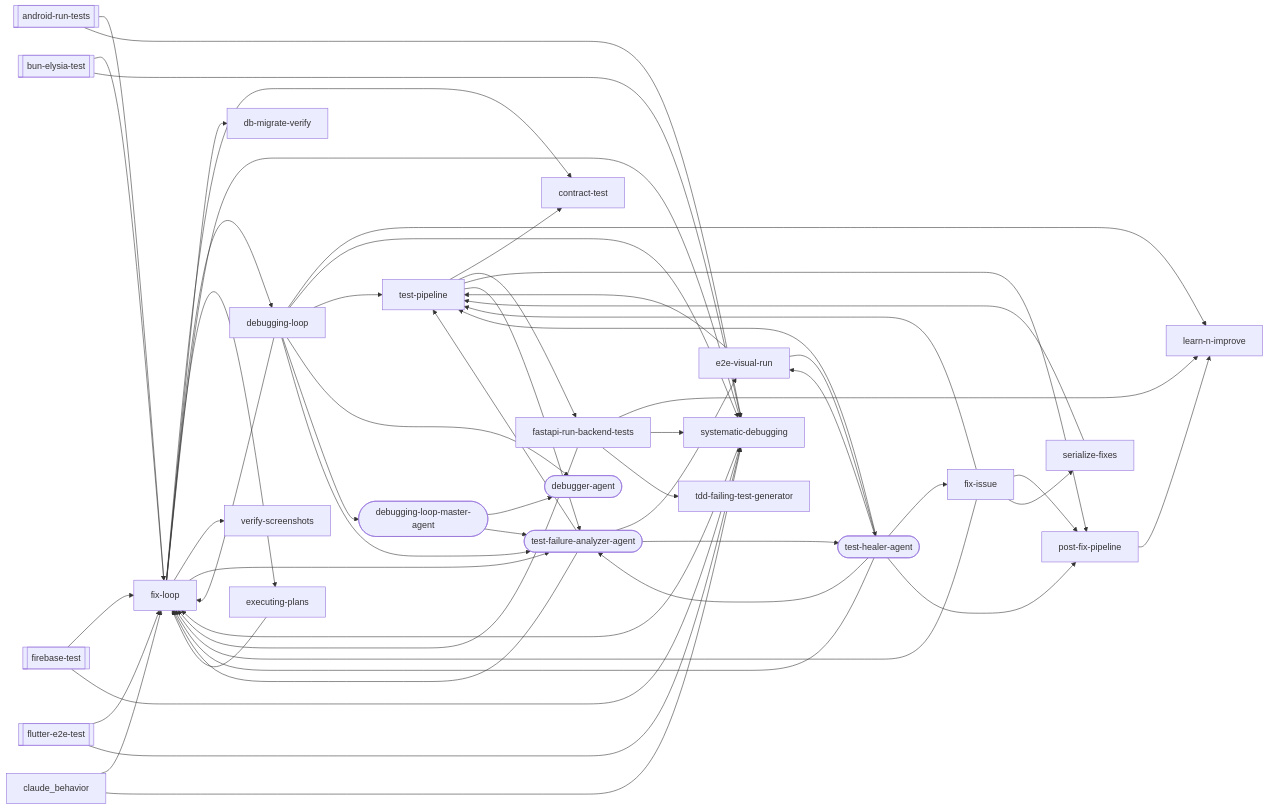
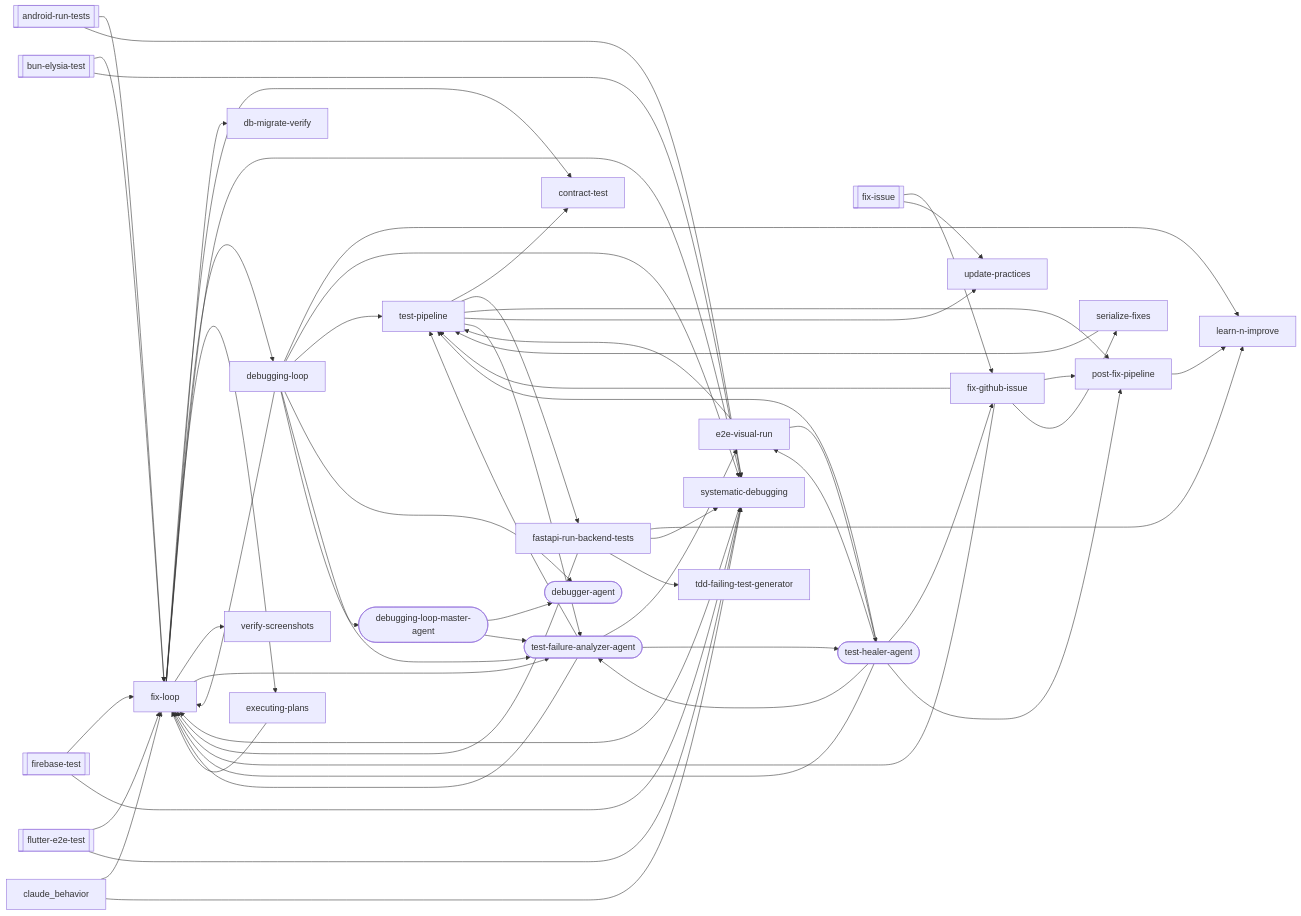
One commit to abhayla/claude-best-practices changed the third of 25 diagrams in docs/workflows/debugging-loop.md. Above: the diagram before and after it, drawn with Mermaid. The commit also changed other lines of this file and 153 other files, not shown here.

```diff
--- a/docs/workflows/debugging-loop.md
+++ b/docs/workflows/debugging-loop.md
@@ -653,6 +694,7 @@
     android_run_tests[["android-run-tests"]]
     bun_elysia_test[["bun-elysia-test"]]
     firebase_test[["firebase-test"]]
+    fix_issue[["fix-issue"]]
     flutter_e2e_test[["flutter-e2e-test"]]
     contract_test["contract-test"]
     db_migrate_verify["db-migrate-verify"]
@@ -662,7 +704,7 @@
     e2e_visual_run["e2e-visual-run"]
     executing_plans["executing-plans"]
     fastapi_run_backend_tests["fastapi-run-backend-tests"]
-    fix_issue["fix-issue"]
+    fix_github_issue["fix-github-issue"]
     fix_loop["fix-loop"]
     learn_n_improve["learn-n-improve"]
     post_fix_pipeline["post-fix-pipeline"]
@@ -672,6 +714,7 @@
     test_failure_analyzer_agent(["test-failure-analyzer-agent"])
     test_healer_agent(["test-healer-agent"])
     test_pipeline["test-pipeline"]
+    update_practices["update-practices"]
     verify_screenshots["verify-screenshots"]
     android_run_tests --> fix_loop
     android_run_tests --> systematic_debugging
@@ -693,10 +736,12 @@
     fastapi_run_backend_tests --> tdd_failing_test_generator
     firebase_test --> fix_loop
     firebase_test --> systematic_debugging
-    fix_issue --> fix_loop
-    fix_issue --> post_fix_pipeline
-    fix_issue --> serialize_fixes
-    fix_issue --> test_pipeline
+    fix_github_issue --> fix_loop
+    fix_github_issue --> post_fix_pipeline
+    fix_github_issue --> serialize_fixes
+    fix_github_issue --> test_pipeline
+    fix_issue --> fix_github_issue
+    fix_issue --> update_practices
     fix_loop --> contract_test
     fix_loop --> db_migrate_verify
     fix_loop --> debugging_loop
@@ -712,6 +757,7 @@
     test_pipeline --> contract_test
     test_pipeline --> fastapi_run_backend_tests
     test_pipeline --> post_fix_pipeline
+    test_pipeline --> update_practices
     test_pipeline --> test_failure_analyzer_agent
     debugging_loop_master_agent --> debugger_agent
     debugging_loop_master_agent --> test_failure_analyzer_agent
@@ -720,7 +766,7 @@
     test_failure_analyzer_agent --> test_pipeline
     test_failure_analyzer_agent --> test_healer_agent
     test_healer_agent --> e2e_visual_run
-    test_healer_agent --> fix_issue
+    test_healer_agent --> fix_github_issue
     test_healer_agent --> fix_loop
     test_healer_agent --> post_fix_pipeline
     test_healer_agent --> test_pipeline
```
